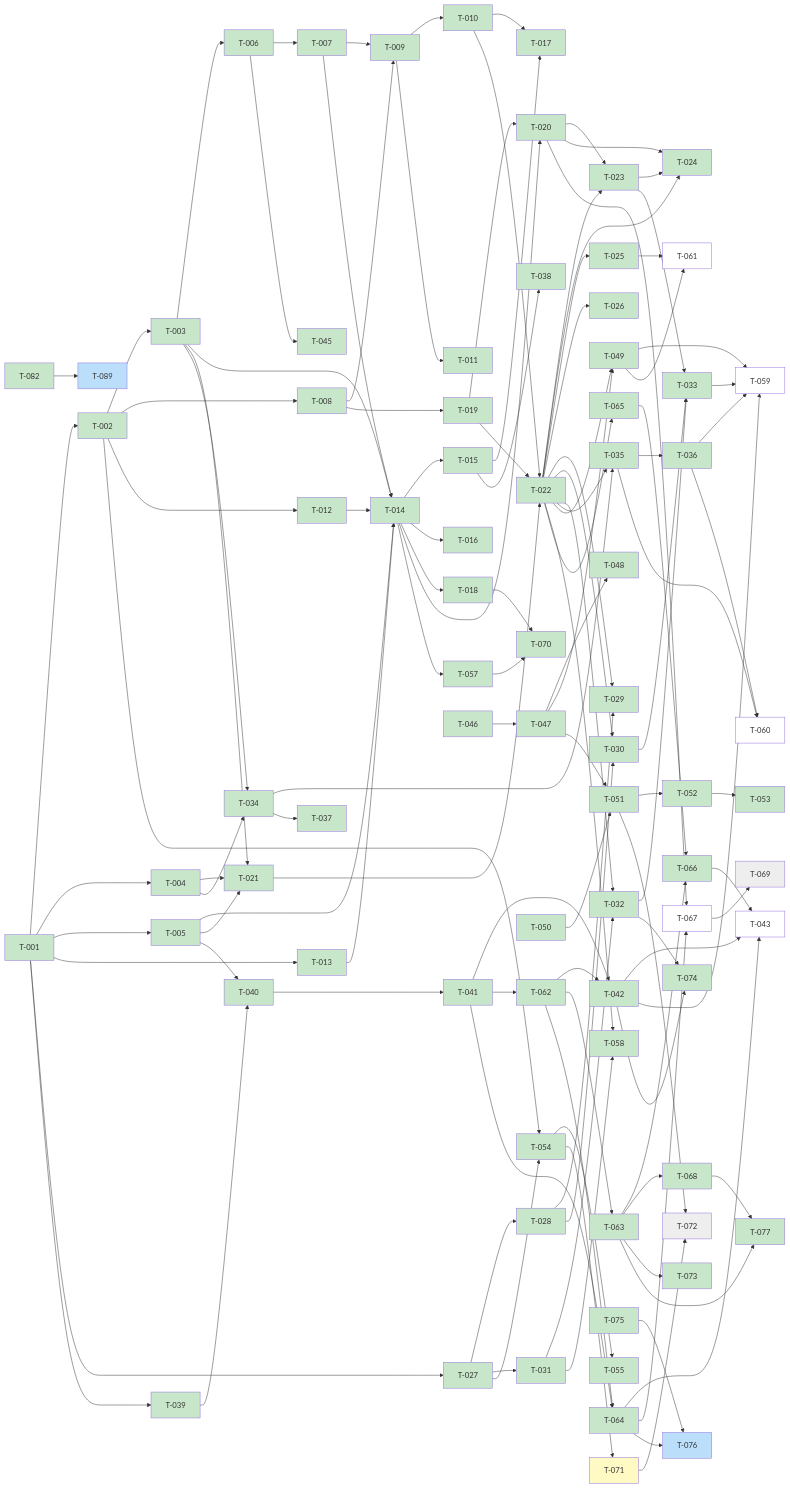
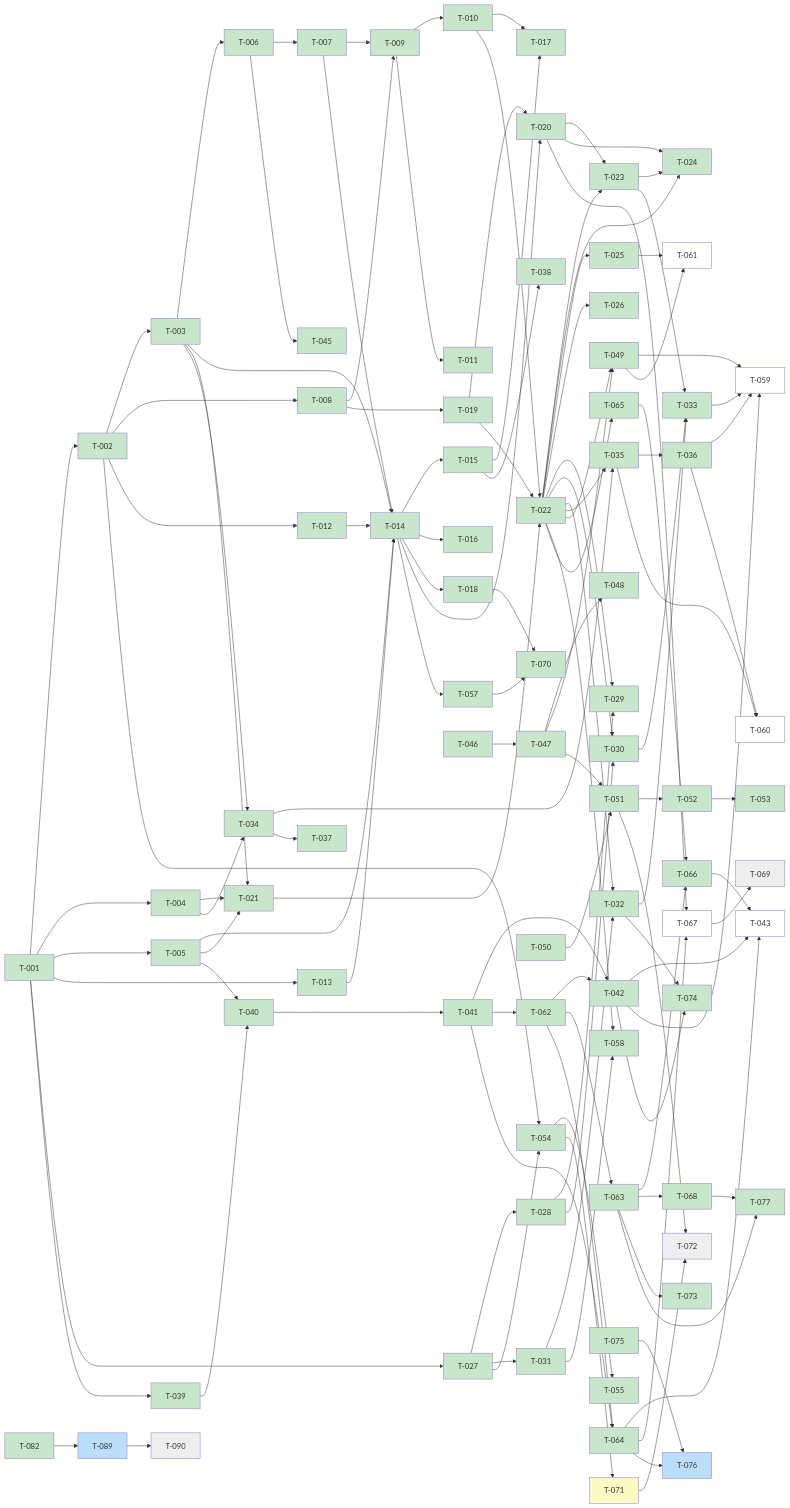
One commit to scholtz/biatec-chat changed the diagram in kanban/BOARD.md. Above: the diagram before and after it, drawn with Mermaid. The commit also changed other lines of this file and 1 other file, not shown here.

Commit message:
kanban: new T-090 (ASA decimals lookup for transfer previews)

````diff
--- a/kanban/BOARD.md
+++ b/kanban/BOARD.md
@@ -239,6 +240,7 @@
   T063[T-063] --> T077[T-077]
   T068[T-068] --> T077[T-077]
   T082[T-082] --> T089[T-089]
+  T089[T-089] --> T090[T-090]
   classDef done fill:#c8e6c9
   classDef review fill:#fff9c4
   classDef inprogress fill:#bbdefb
@@ -248,5 +250,5 @@
   class T071 review
   class T076,T078,T079,T089,T083,T084 inprogress
   class T059,T043,T081,T087,T088,T060,T061,T067,T085,T086 backlog
-  class T072,T069 blocked
+  class T090,T072,T069 blocked
 ```
````
